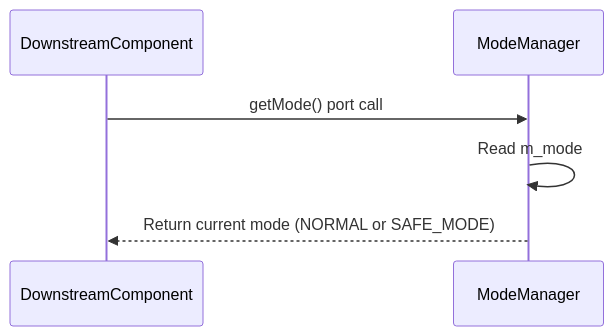
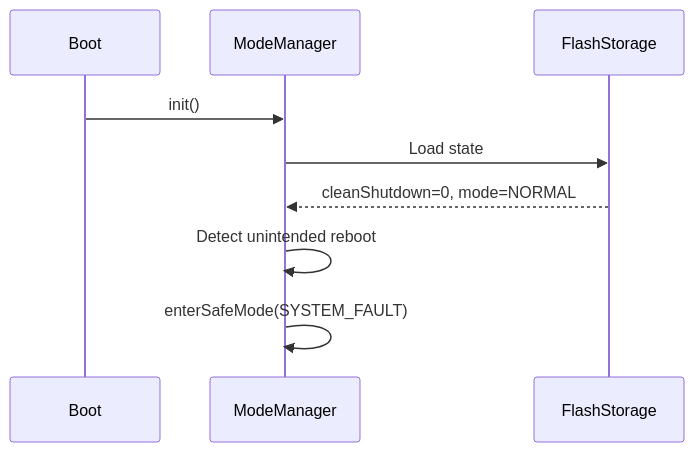
The third of 3 diagrams in FprimeZephyrReference/Components/ModeManager/docs/sdd.md (Open-Source-Space-Foundation/proves-core-reference), drawn with Mermaid before and after one commit. The commit also changed other lines of this file and 11 other files, not shown here.

First line of the commit message:
Safe <-> Normal Mode switch  (#168)

````diff
--- a/FprimeZephyrReference/Components/ModeManager/docs/sdd.md
+++ b/FprimeZephyrReference/Components/ModeManager/docs/sdd.md
@@ -207,9 +166,12 @@
 ```mermaid
 sequenceDiagram
-    participant DownstreamComponent
+    participant Boot
     participant ModeManager
+    participant FlashStorage
 
-    DownstreamComponent->>ModeManager: getMode() port call
-    ModeManager->>ModeManager: Read m_mode
-    ModeManager-->>DownstreamComponent: Return current mode (NORMAL or SAFE_MODE)
+    Boot->>ModeManager: init()
+    ModeManager->>FlashStorage: Load state
+    FlashStorage-->>ModeManager: cleanShutdown=0, mode=NORMAL
+    ModeManager->>ModeManager: Detect unintended reboot
+    ModeManager->>ModeManager: enterSafeMode(SYSTEM_FAULT)
 ```
````
